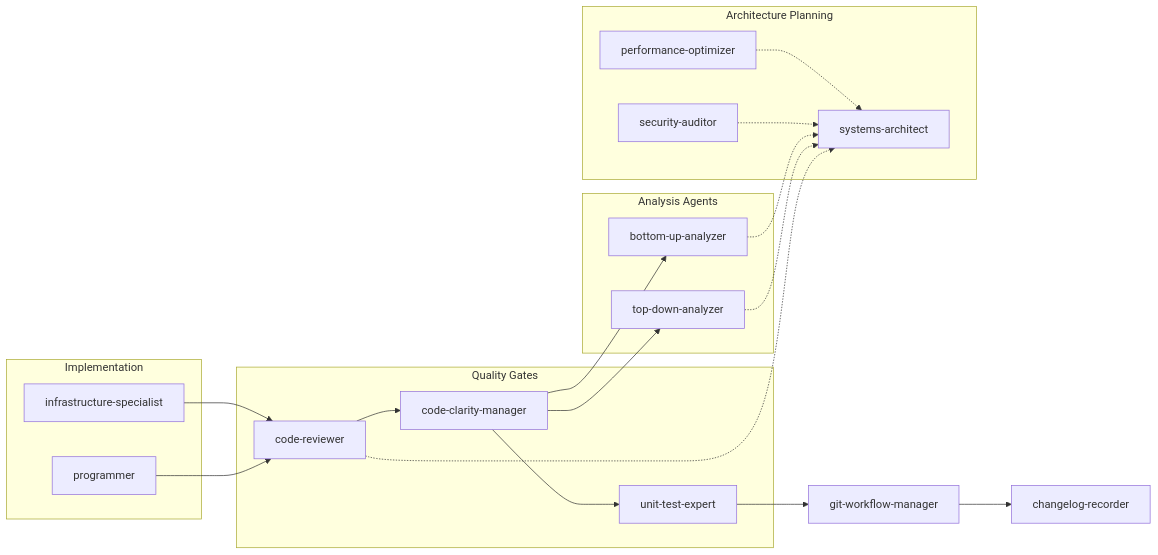
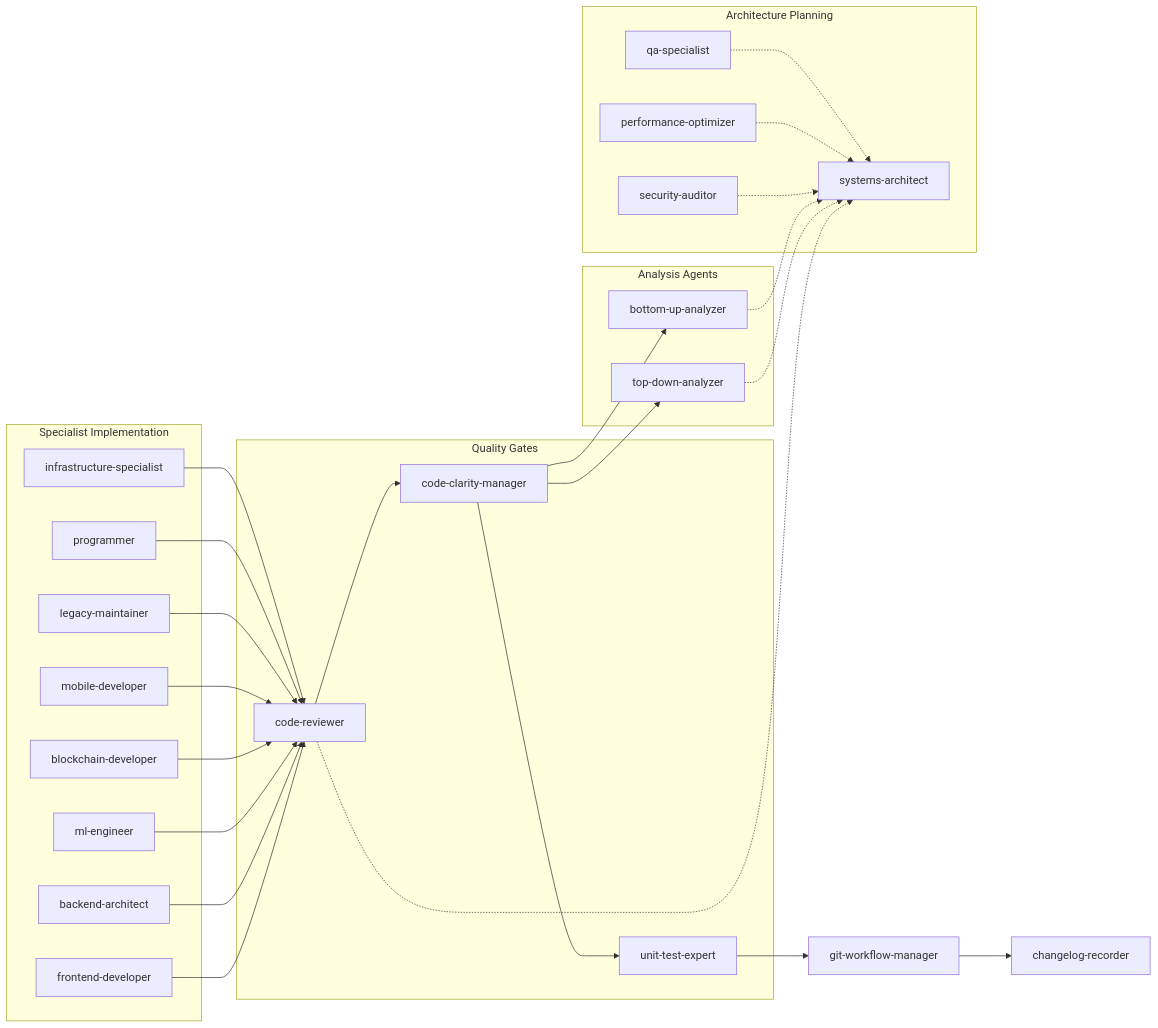
The second of 2 diagrams in system_diagram.md (robertmnyborg/claude-oak-agents), drawn with Mermaid before and after one commit. The commit also changed other lines of this file and 28 other files, not shown here.

````diff
--- a/system_diagram.md
+++ b/system_diagram.md
@@ -125,31 +135,38 @@
 ```mermaid
 graph LR
     subgraph "Quality Gates"
         CR[code-reviewer] --> CCM[code-clarity-manager]
         CCM --> UTE[unit-test-expert]
     end
 
     subgraph "Analysis Agents"
         TDA[top-down-analyzer]
         BUA[bottom-up-analyzer]
         CCM --> TDA
         CCM --> BUA
     end
 
-    subgraph "Implementation"
+    subgraph "Specialist Implementation"
+        FD[frontend-developer] --> CR
+        BA[backend-architect] --> CR
+        ML[ml-engineer] --> CR
+        BC[blockchain-developer] --> CR
+        MD[mobile-developer] --> CR
+        LM[legacy-maintainer] --> CR
         P[programmer] --> CR
         IS[infrastructure-specialist] --> CR
     end
 
     subgraph "Architecture Planning"
         SA[systems-architect]
         CR -.-> SA
         TDA -.-> SA
         BUA -.-> SA
         SO[security-auditor] -.-> SA
         PO[performance-optimizer] -.-> SA
+        QS[qa-specialist] -.-> SA
     end
 
     UTE --> GWM[git-workflow-manager]
     GWM --> CL[changelog-recorder]
 ```
````
